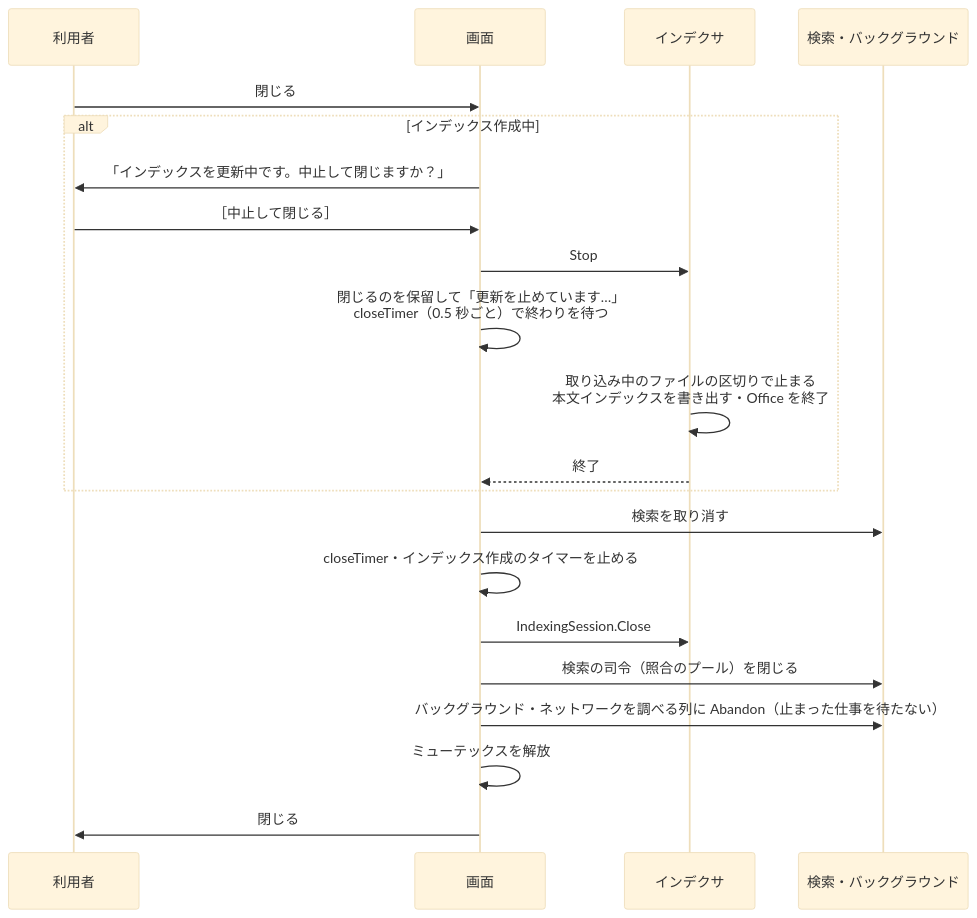
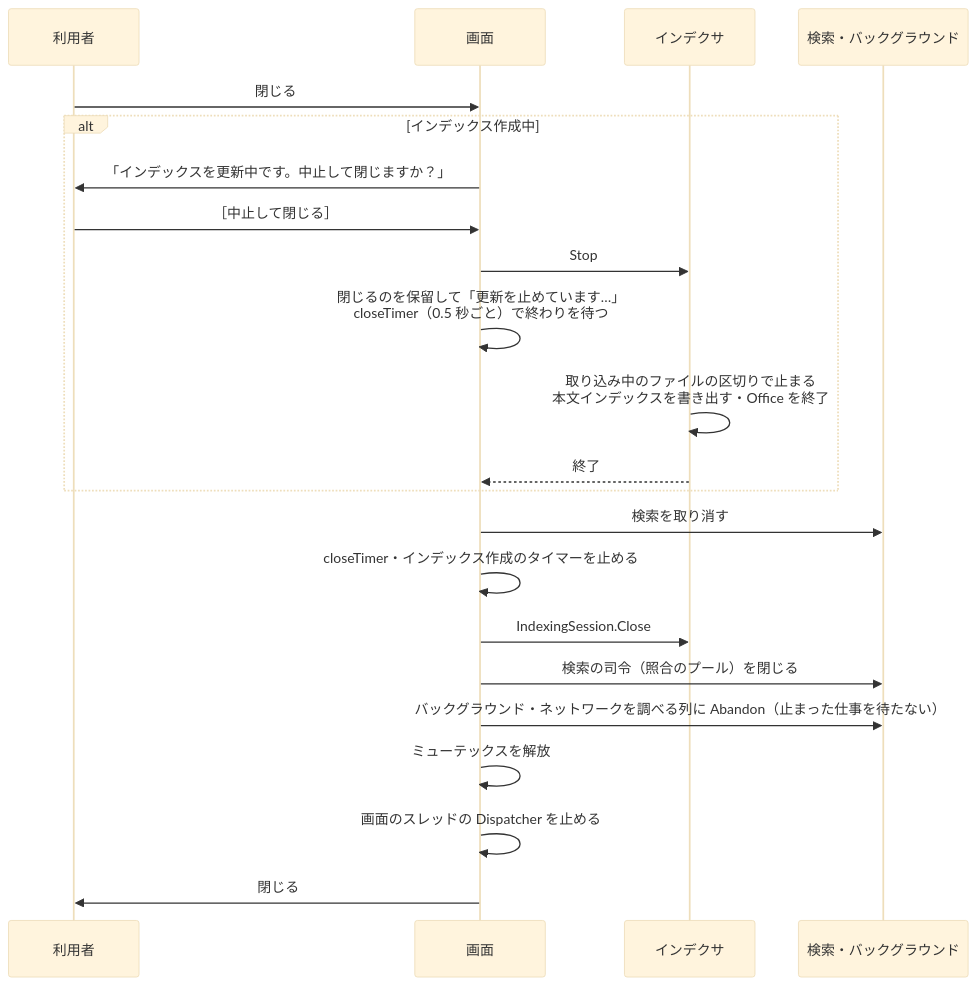
Before and after one commit to hsgwa/tebunko: the diagram in docs/design/structure/closing.md, drawn with Mermaid (base theme). The commit also changed other lines of this file and 2 other files, not shown here.

First paragraph of the commit message:
fix: 画面を閉じたあと、PowerShell の終了で終了コード 5 になることがある不具合を直す (#178)
## 背景・問題

````diff
--- a/docs/design/structure/closing.md
+++ b/docs/design/structure/closing.md
@@ -7,23 +7,24 @@
 ```mermaid
 sequenceDiagram
     participant U as 利用者
     participant G as 画面
     participant I as インデクサ
     participant S as 検索・バックグラウンド
     U->>G: 閉じる
     alt インデックス作成中
         G->>U: 「インデックスを更新中です。中止して閉じますか？」
         U->>G: ［中止して閉じる］
         G->>I: Stop
         G->>G: 閉じるのを保留して「更新を止めています…」<br>closeTimer（0.5 秒ごと）で終わりを待つ
         I->>I: 取り込み中のファイルの区切りで止まる<br>本文インデックスを書き出す・Office を終了
         I-->>G: 終了
     end
     G->>S: 検索を取り消す
     G->>G: closeTimer・インデックス作成のタイマーを止める
     G->>I: IndexingSession.Close
     G->>S: 検索の司令（照合のプール）を閉じる
     G->>S: バックグラウンド・ネットワークを調べる列に Abandon（止まった仕事を待たない）
     G->>G: ミューテックスを解放
+    G->>G: 画面のスレッドの Dispatcher を止める
     G->>U: 閉じる
 ```
````
